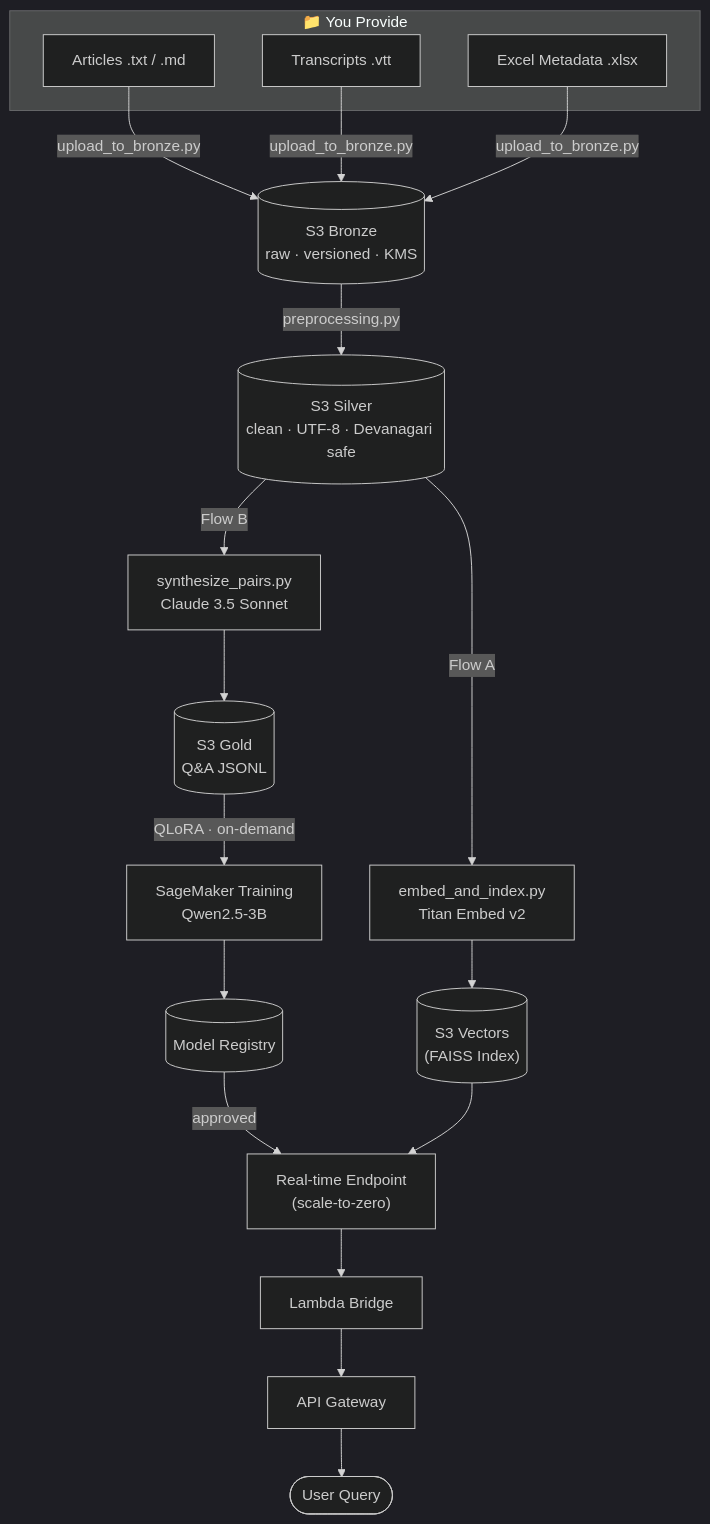
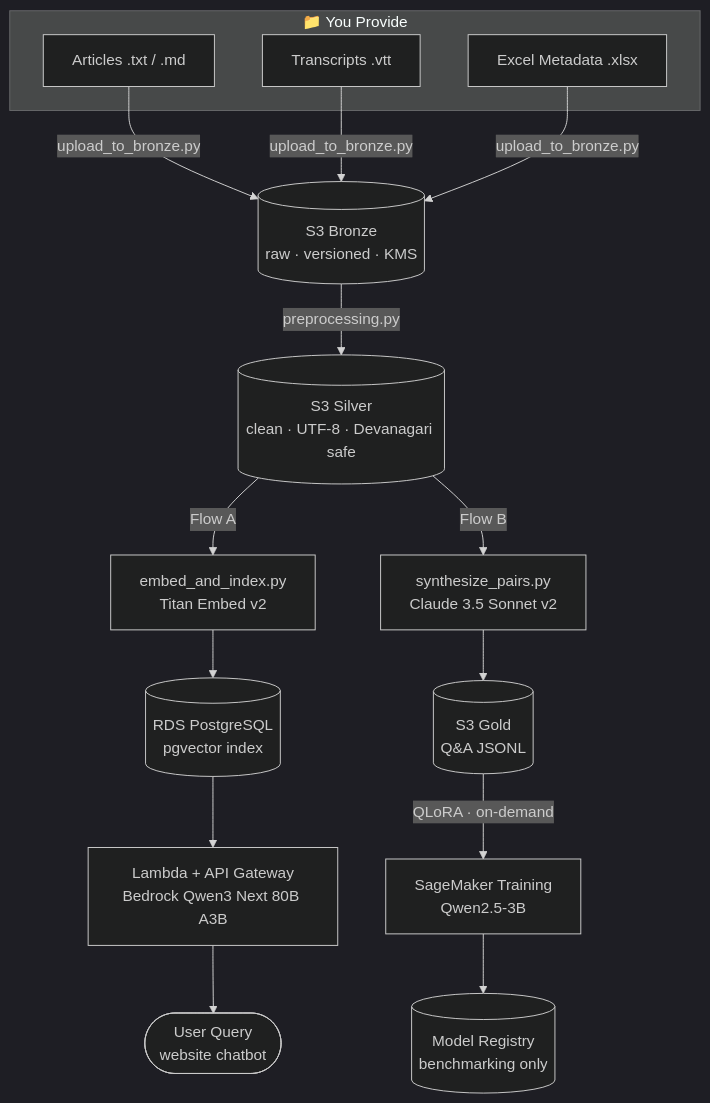
One commit to ashishv-82/sagemaker-project-chitrakatha changed the first of 2 diagrams in README.md. Above: the diagram before and after it, drawn with Mermaid (dark theme). The commit also changed other lines of this file and 35 other files, not shown here.

First line of the commit message:
feat: migrate RAG stack from FAISS-on-S3 to pgvector RDS + Bedrock Qwen3

````diff
--- a/README.md
+++ b/README.md
@@ -27,26 +28,23 @@
 ```mermaid
 flowchart TD
     subgraph YOU[" 📁 You Provide"]
         A1[Articles .txt / .md]
         A2[Transcripts .vtt]
         A3[Excel Metadata .xlsx]
     end
 
     A1 & A2 & A3 -->|upload_to_bronze.py| B[("S3 Bronze<br/>raw · versioned · KMS")]
     B -->|preprocessing.py| C[("S3 Silver<br/>clean · UTF-8 · Devanagari safe")]
 
     C -->|Flow A| D["embed_and_index.py<br/>Titan Embed v2"]
-    C -->|Flow B| E["synthesize_pairs.py<br/>Claude 3.5 Sonnet"]
+    C -->|Flow B| E["synthesize_pairs.py<br/>Claude 3.5 Sonnet v2"]
 
-    D --> F[("S3 Vectors<br/>(FAISS Index)")]
+    D --> F[("RDS PostgreSQL<br/>pgvector index")]
     E --> G[("S3 Gold<br/>Q&A JSONL")]
 
     G -->|"QLoRA · on-demand"| H["SageMaker Training<br/>Qwen2.5-3B"]
-    H --> I[(Model Registry)]
-    I -->|approved| J["Real-time Endpoint<br/>(scale-to-zero)"]
+    H --> I[(Model Registry<br/>benchmarking only)]
 
-    F --> J
-    J --> K[Lambda Bridge]
-    K --> L[API Gateway]
-    L --> M([User Query])
+    F --> J["Lambda + API Gateway<br/>Bedrock Qwen3 Next 80B A3B"]
+    J --> K([User Query<br/>website chatbot])
 ```
````
